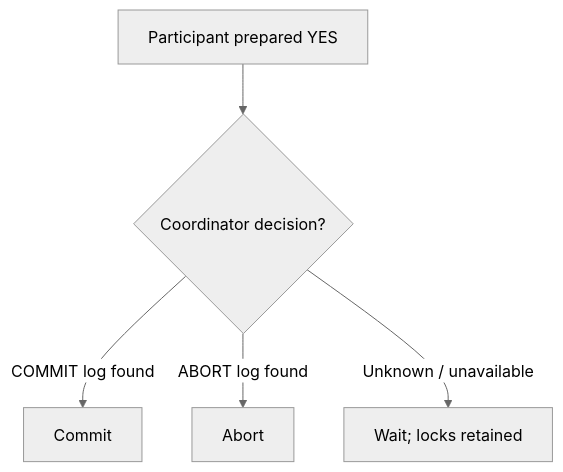
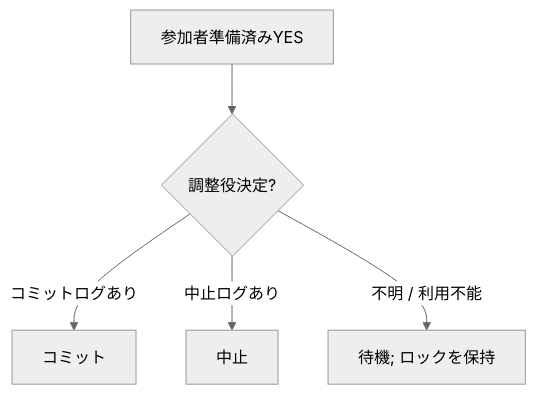
Before and after one commit to hirunebot/database-systems-book: the third of 7 diagrams in src/content/docs/05-distributed-db/16-distributed-transactions.md, drawn with Mermaid (neutral theme). The commit also changed other lines of this file and 42 other files, not shown here.

````diff
--- a/src/content/docs/05-distributed-db/16-distributed-transactions.md
+++ b/src/content/docs/05-distributed-db/16-distributed-transactions.md
@@ -143,7 +143,7 @@
 ```mermaid
 flowchart TB
-    P["Participant prepared YES"] --> Q{"Coordinator decision?"}
-    Q -->|"COMMIT log found"| C["Commit"]
-    Q -->|"ABORT log found"| A["Abort"]
-    Q -->|"Unknown / unavailable"| W["Wait; locks retained"]
+    P["参加者準備済みYES"] --> Q{"調整役決定?"}
+    Q -->|"コミットログあり"| C["コミット"]
+    Q -->|"中止ログあり"| A["中止"]
+    Q -->|"不明 / 利用不能"| W["待機; ロックを保持"]
 ```
````
